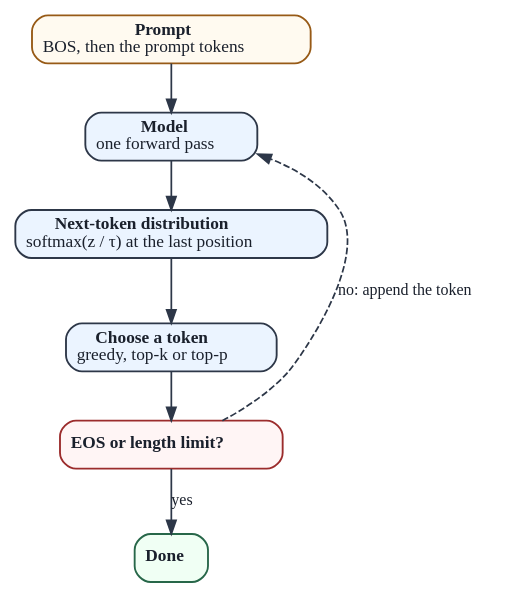
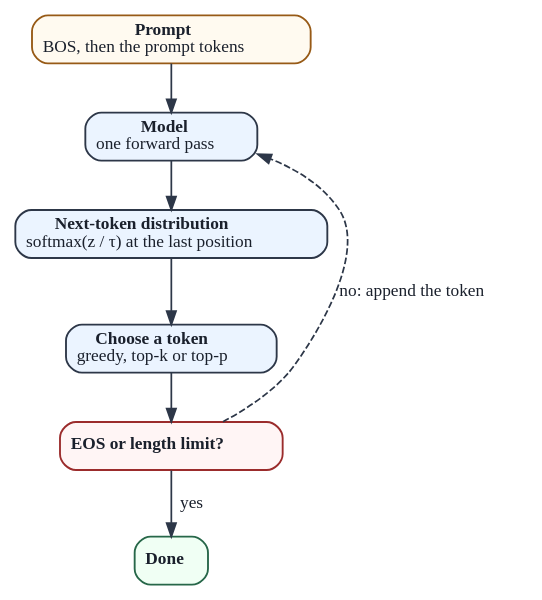
Before and after one commit to Beaker12/llmatlas: the diagram in chapters/01-foundations/figures/autoregressive_loop.dot, drawn with Graphviz. The commit also changed 11 other files, not shown here.

First line of the commit message:
Chapter 1: decoder sublayer order, RoPE component notation, notebook copies, schematic text runs

```diff
--- a/chapters/01-foundations/figures/autoregressive_loop.dot
+++ b/chapters/01-foundations/figures/autoregressive_loop.dot
@@ -1,16 +1,16 @@
 digraph AutoregressiveLoop {
     graph [fontname="Arial" fontsize=13 bgcolor=white];
 
     p [label=<<b>Prompt</b><br/>BOS, then the prompt tokens> shape=box style="rounded,filled" fillcolor="#fffaf0" color="#975a16" penwidth=1.4 fontsize=13 fontcolor="#1a202c"];
     m [label=<<b>Model</b><br/>one forward pass> shape=box style="rounded,filled" fillcolor="#ebf4ff" color="#2d3748" penwidth=1.4 fontsize=13 fontcolor="#1a202c"];
     d [label=<<b>Next-token distribution</b><br/>softmax(z / τ) at the last position> shape=box style="rounded,filled" fillcolor="#ebf4ff" color="#2d3748" penwidth=1.4 fontsize=13 fontcolor="#1a202c"];
     c [label=<<b>Choose a token</b><br/>greedy, top-k or top-p> shape=box style="rounded,filled" fillcolor="#ebf4ff" color="#2d3748" penwidth=1.4 fontsize=13 fontcolor="#1a202c"];
     s [label=<<b>EOS or length limit?</b>> shape=box style="rounded,filled" fillcolor="#fff5f5" color="#9b2c2c" penwidth=1.4 fontsize=13 fontcolor="#1a202c"];
     e [label=<<b>Done</b>> shape=box style="rounded,filled" fillcolor="#f0fff4" color="#276749" penwidth=1.4 fontsize=13 fontcolor="#1a202c"];
     p -> m [color="#2d3748" penwidth=1.3 fontsize=12 fontcolor="#1a202c"];
     m -> d [color="#2d3748" penwidth=1.3 fontsize=12 fontcolor="#1a202c"];
     d -> c [color="#2d3748" penwidth=1.3 fontsize=12 fontcolor="#1a202c"];
     c -> s [color="#2d3748" penwidth=1.3 fontsize=12 fontcolor="#1a202c"];
-    s -> e [color="#2d3748" penwidth=1.3 fontsize=12 fontcolor="#1a202c" label=<yes>];
-    s -> m [color="#2d3748" penwidth=1.3 fontsize=12 fontcolor="#1a202c" label=<no: append the token> style=dashed constraint=false];
+    s -> e [color="#2d3748" penwidth=1.3 fontsize=13 fontcolor="#1a202c" label=<&nbsp;&nbsp;yes>];
+    s -> m [color="#2d3748" penwidth=1.3 fontsize=13 fontcolor="#1a202c" label=<no: append the token> style=dashed constraint=false];
 }
```
